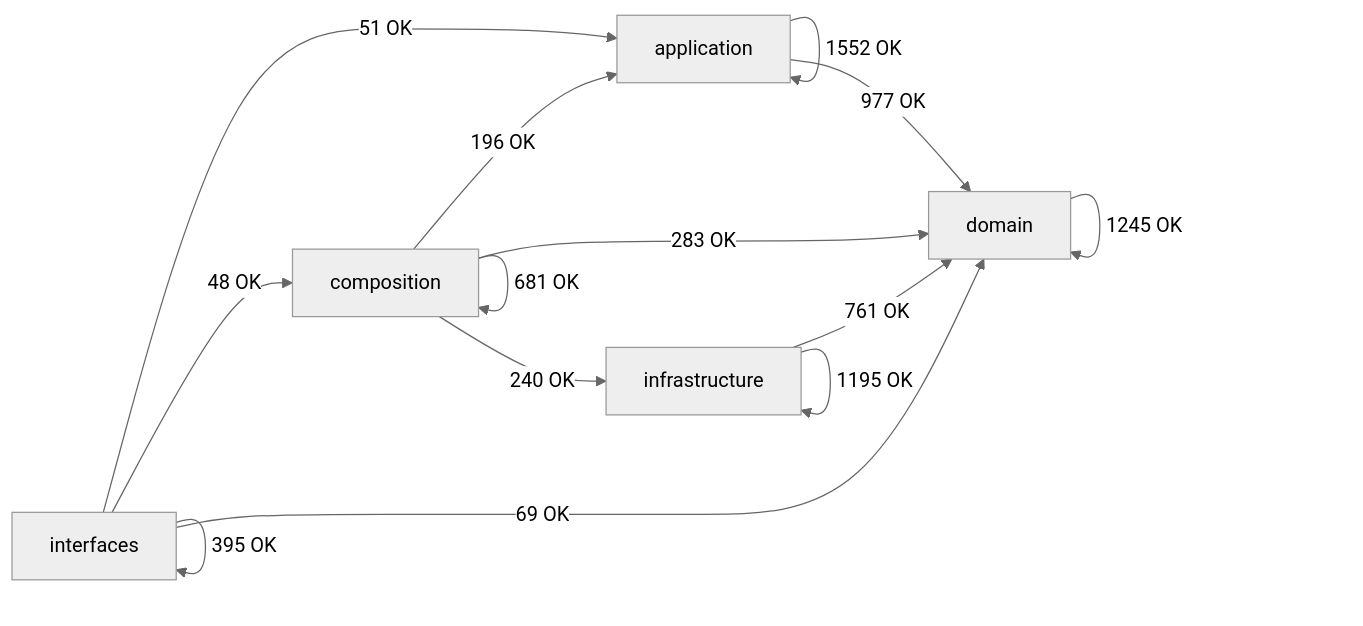
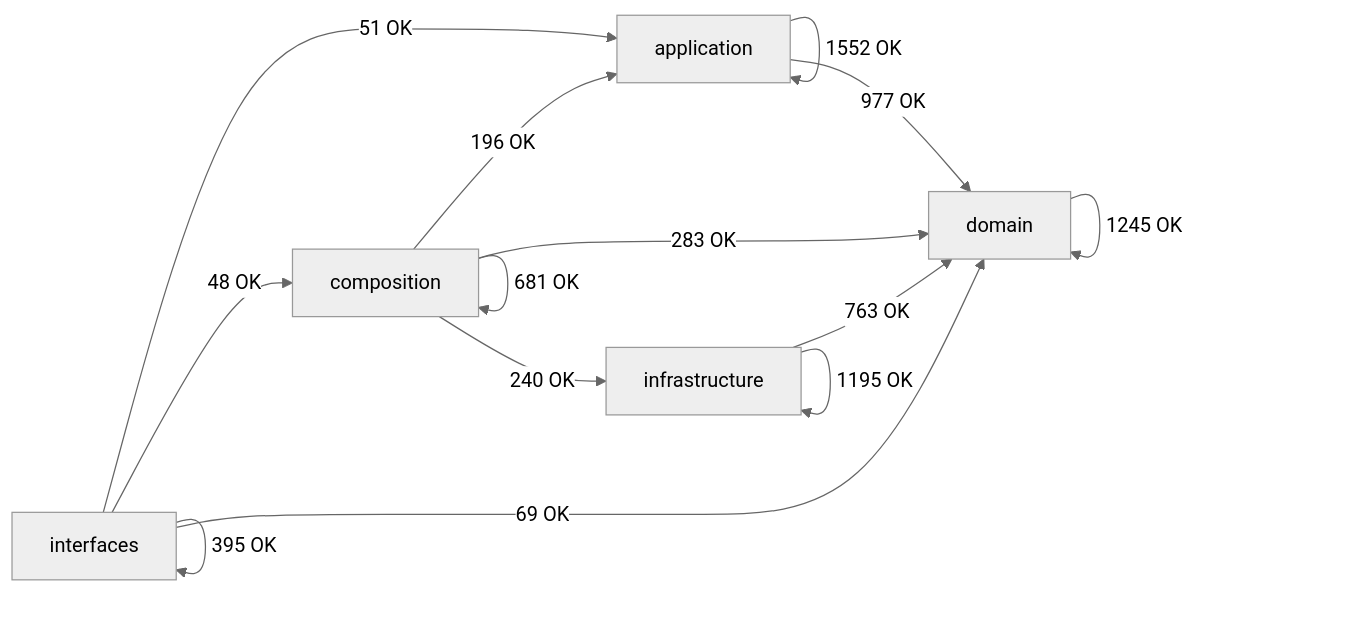
Before and after one commit to SatoryKono/BioactivityDataAcquisition: the diagram in docs/02-architecture/generated/module-dependency-map.md, drawn with Mermaid (neutral theme). The commit also changed other lines of this file and 2 other files, not shown here.

````diff
--- a/docs/02-architecture/generated/module-dependency-map.md
+++ b/docs/02-architecture/generated/module-dependency-map.md
@@ -17,21 +17,21 @@
 ```mermaid
 flowchart LR
     domain[domain]
     application[application]
     infrastructure[infrastructure]
     composition[composition]
     interfaces[interfaces]
     application -->|1552 OK| application
     application -->|977 OK| domain
     composition -->|196 OK| application
     composition -->|681 OK| composition
     composition -->|283 OK| domain
     composition -->|240 OK| infrastructure
     domain -->|1245 OK| domain
-    infrastructure -->|761 OK| domain
+    infrastructure -->|763 OK| domain
     infrastructure -->|1195 OK| infrastructure
     interfaces -->|51 OK| application
     interfaces -->|48 OK| composition
     interfaces -->|69 OK| domain
     interfaces -->|395 OK| interfaces
 ```
````
